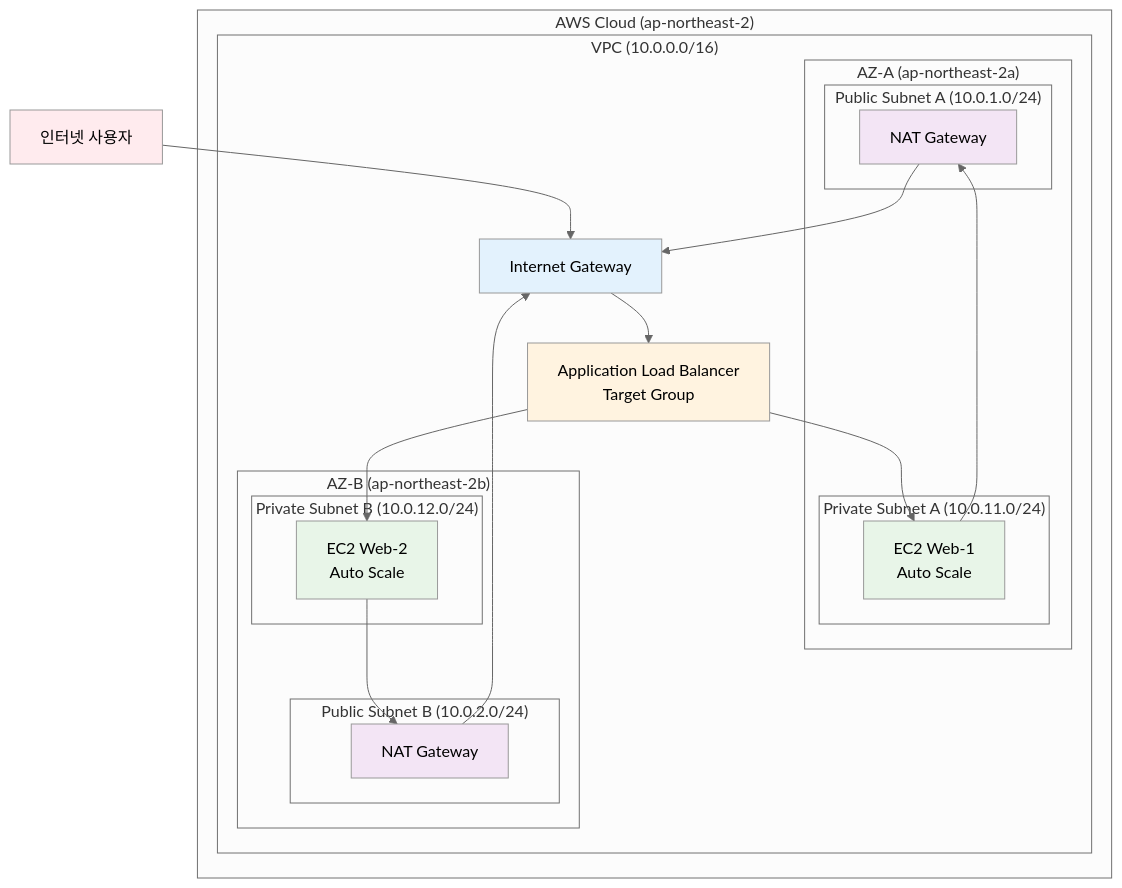
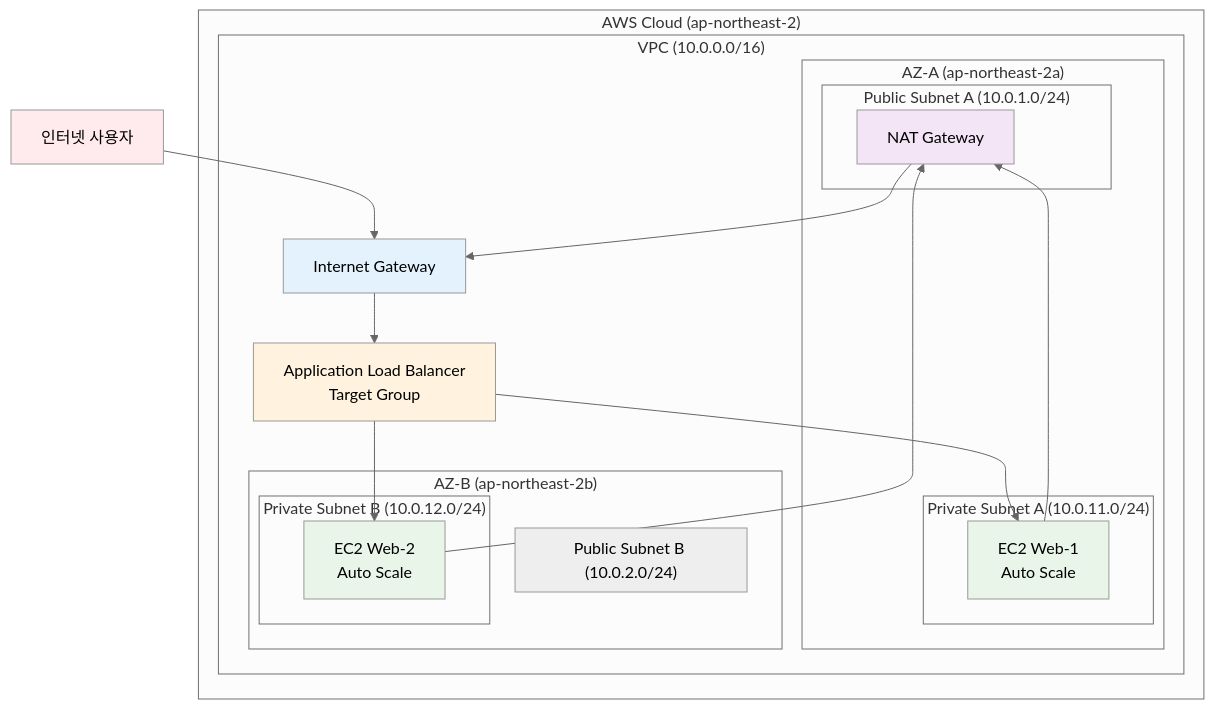
Before and after one commit to niceguy61/kdt_devops_lecture_2025: the diagram in theory/week_05/day4/lab_1.md, drawn with Mermaid (neutral theme). The commit also changed other lines of this file, not shown here.

````diff
--- a/theory/week_05/day4/lab_1.md
+++ b/theory/week_05/day4/lab_1.md
@@ -27,44 +27,41 @@
 ```mermaid
 graph TB
     subgraph "AWS Cloud (ap-northeast-2)"
         subgraph "VPC (10.0.0.0/16)"
             subgraph "AZ-A (ap-northeast-2a)"
                 subgraph "Public Subnet A (10.0.1.0/24)"
                     NATGW[NAT Gateway]
                 end
                 subgraph "Private Subnet A (10.0.11.0/24)"
                     EC2A[EC2 Web-1<br/>Auto Scale]
                 end
             end
             
             subgraph "AZ-B (ap-northeast-2b)"
                 subgraph "Public Subnet B (10.0.2.0/24)"
-                    NATGW2[NAT Gateway]
                 end
                 subgraph "Private Subnet B (10.0.12.0/24)"
                     EC2B[EC2 Web-2<br/>Auto Scale]
                 end
             end
             
             ALB[Application Load Balancer<br/>Target Group]
             IGW[Internet Gateway]
         end
     end
     
     Users[인터넷 사용자] --> IGW
     IGW --> ALB
     ALB --> EC2A
     ALB --> EC2B
     EC2A --> NATGW
-    EC2B --> NATGW2
+    EC2B --> NATGW
     NATGW --> IGW
-    NATGW2 --> IGW
     
     style EC2A fill:#e8f5e8
     style EC2B fill:#e8f5e8
     style ALB fill:#fff3e0
     style IGW fill:#e3f2fd
     style NATGW fill:#f3e5f5
-    style NATGW2 fill:#f3e5f5
     style Users fill:#ffebee
 ```
````
